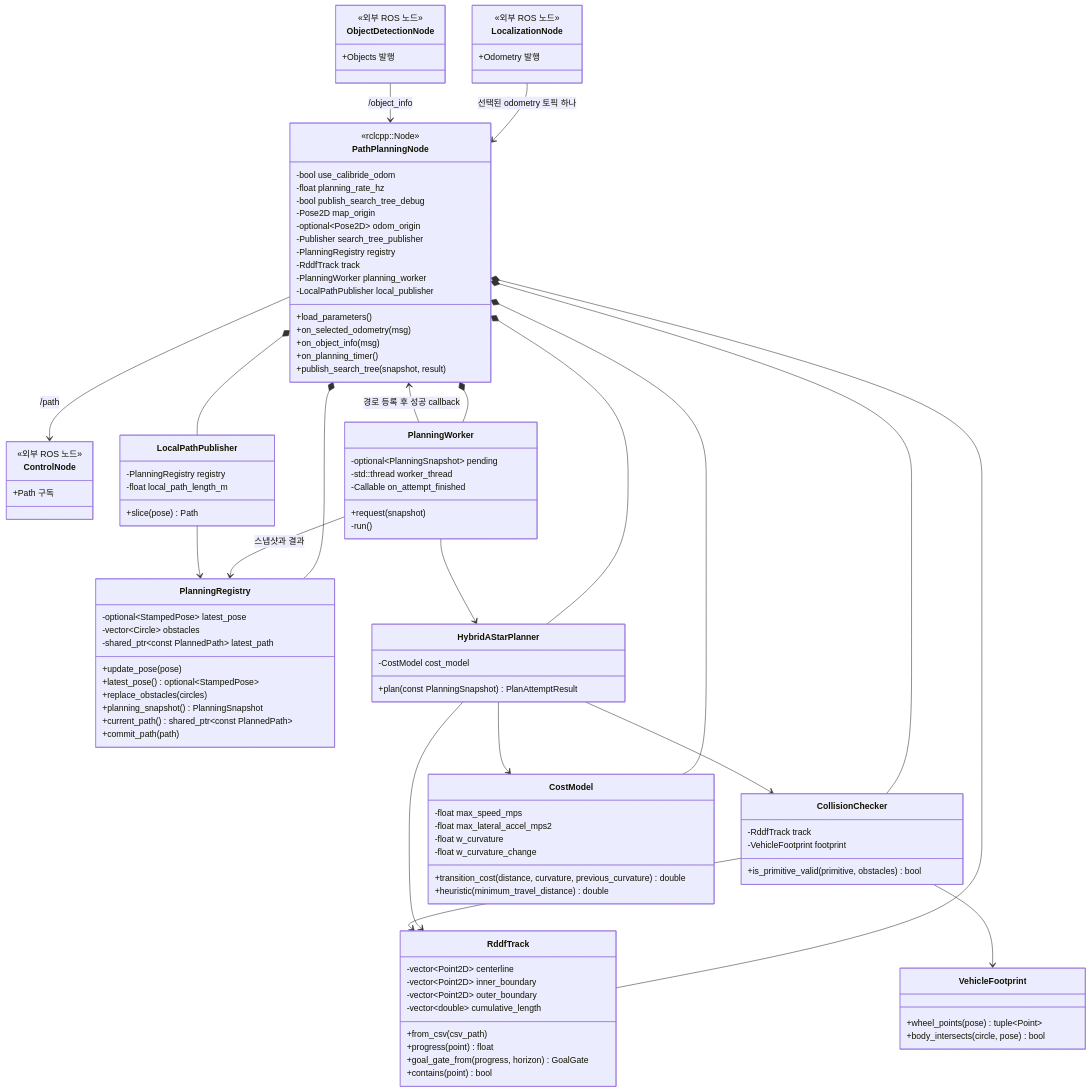
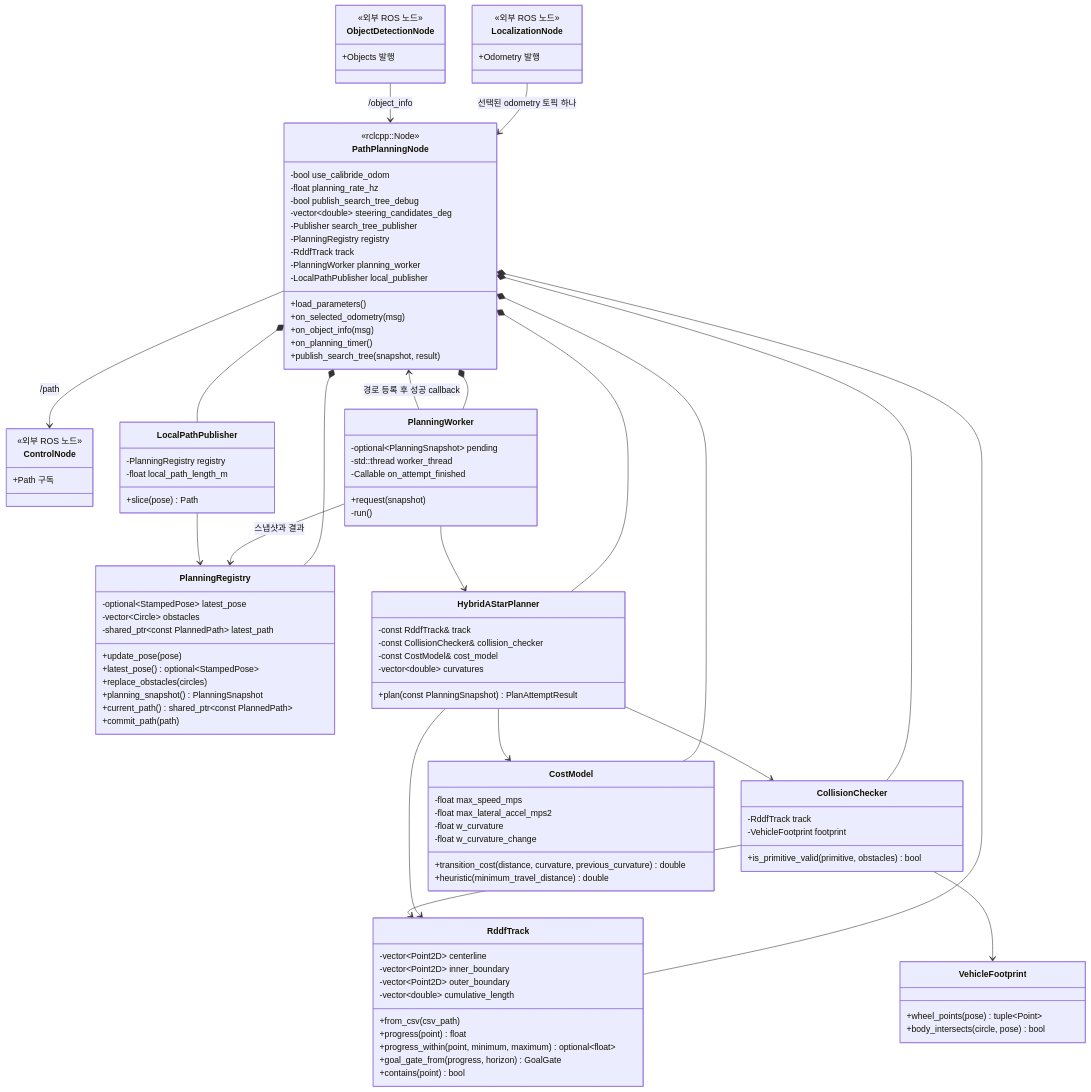
The first of 3 diagrams in src/path_planning/README.md (Team-Stier/AMET2026_coex_stier), drawn with Mermaid before and after one commit. The commit also changed other lines of this file and 31 other files, not shown here.

```diff
--- a/src/path_planning/README.md
+++ b/src/path_planning/README.md
@@ -186,8 +174,7 @@
         -bool use_calibride_odom
         -float planning_rate_hz
         -bool publish_search_tree_debug
-        -Pose2D map_origin
-        -optional~Pose2D~ odom_origin
+        -vector~double~ steering_candidates_deg
         -Publisher search_tree_publisher
         -PlanningRegistry registry
         -RddfTrack track
@@ -217,6 +204,7 @@
         -vector~double~ cumulative_length
         +from_csv(csv_path)
         +progress(point) float
+        +progress_within(point, minimum, maximum) optional~float~
         +goal_gate_from(progress, horizon) GoalGate
         +contains(point) bool
     }
@@ -228,7 +216,10 @@
         -run()
     }
     class HybridAStarPlanner {
-        -CostModel cost_model
+        -const RddfTrack& track
+        -const CollisionChecker& collision_checker
+        -const CostModel& cost_model
+        -vector~double~ curvatures
         +plan(const PlanningSnapshot) PlanAttemptResult
     }
     class CollisionChecker {
```
